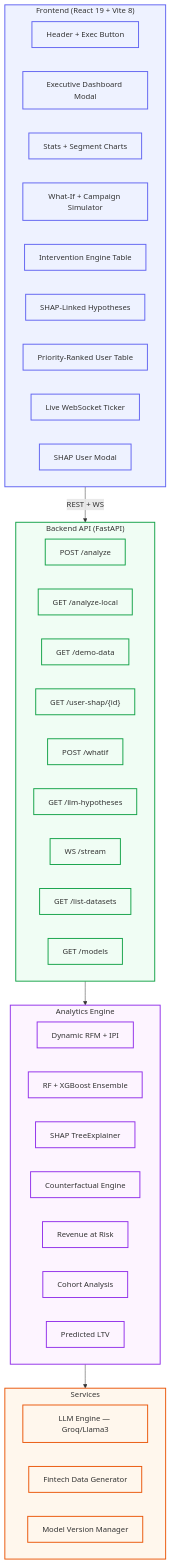
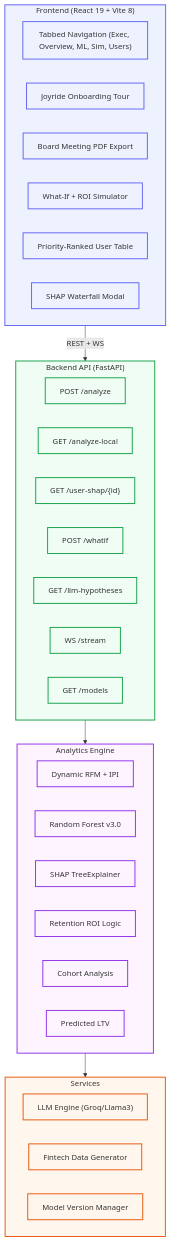
The diagram in README.md (RiyanshiVerma-11/FinSight), drawn with Mermaid before and after one commit. The commit also changed other lines of this file and 4 other files, not shown here.

````diff
--- a/README.md
+++ b/README.md
@@ -114,56 +97,50 @@
 ```mermaid
 graph TB
   classDef frontend fill:#eef2ff,stroke:#6366f1,stroke-width:2px
   classDef backend fill:#f0fdf4,stroke:#16a34a,stroke-width:2px
   classDef engine fill:#fdf4ff,stroke:#9333ea,stroke-width:2px
   classDef infra fill:#fff7ed,stroke:#ea580c,stroke-width:2px
 
   subgraph FE ["Frontend (React 19 + Vite 8)"]
-    HD["Header + Exec Button"]
-    ED["Executive Dashboard Modal"]
-    ST["Stats + Segment Charts"]
-    WI["What-If + Campaign Simulator"]
-    IE["Intervention Engine Table"]
-    HY["SHAP-Linked Hypotheses"]
+    TABS["Tabbed Navigation (Exec, Overview, ML, Sim, Users)"]
+    TOUR["Joyride Onboarding Tour"]
+    PDF["Board Meeting PDF Export"]
+    WI["What-If + ROI Simulator"]
     UT["Priority-Ranked User Table"]
-    LT["Live WebSocket Ticker"]
-    SM["SHAP User Modal"]
+    SM["SHAP Waterfall Modal"]
   end
 
   subgraph API ["Backend API (FastAPI)"]
     AN["POST /analyze"]
     AL["GET /analyze-local"]
-    DD["GET /demo-data"]
     US["GET /user-shap/{id}"]
     WF["POST /whatif"]
     LH["GET /llm-hypotheses"]
     WS["WS /stream"]
-    LD["GET /list-datasets"]
     MV["GET /models"]
   end
 
   subgraph AE ["Analytics Engine"]
     RFM["Dynamic RFM + IPI"]
-    CM["RF + XGBoost Ensemble"]
+    ML["Random Forest v3.0"]
     SH["SHAP TreeExplainer"]
-    WIF["Counterfactual Engine"]
-    RAR["Revenue at Risk"]
+    ROI["Retention ROI Logic"]
     COH["Cohort Analysis"]
     LTV["Predicted LTV"]
   end
 
   subgraph SVC ["Services"]
-    LLM["LLM Engine — Groq/Llama3"]
+    LLM["LLM Engine (Groq/Llama3)"]
     DG["Fintech Data Generator"]
     MVM["Model Version Manager"]
   end
 
   FE -->|REST + WS| API
   API --> AE
   AE --> SVC
 
-  class FE,HD,ED,ST,WI,IE,HY,UT,LT,SM frontend
-  class API,AN,AL,DD,US,WF,LH,WS,LD,MV backend
-  class AE,RFM,CM,SH,WIF,RAR,COH,LTV engine
+  class FE,TABS,TOUR,PDF,WI,UT,SM frontend
+  class API,AN,AL,US,WF,LH,WS,MV backend
+  class AE,RFM,ML,SH,ROI,COH,LTV engine
   class SVC,LLM,DG,MVM infra
 ```
````
